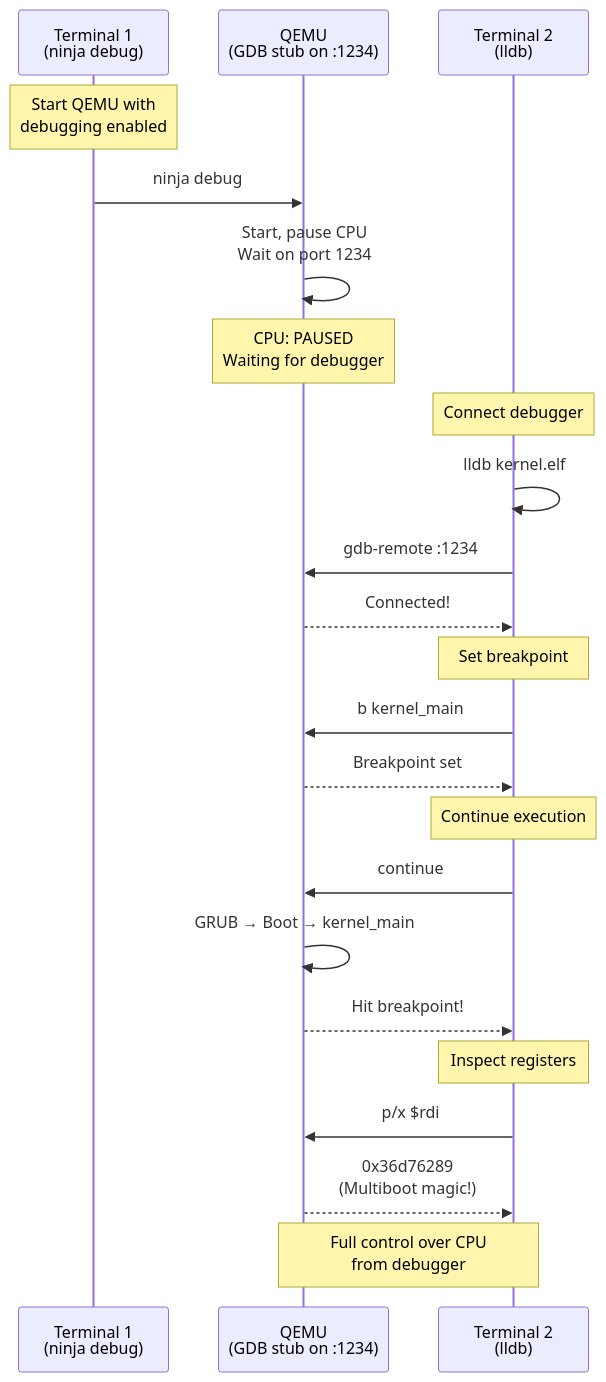
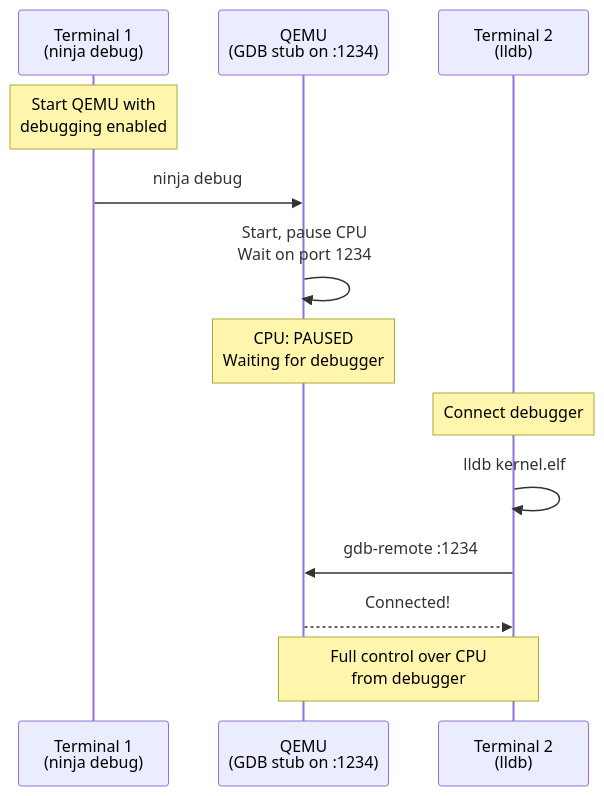
The diagram in book/src/chapter-03-boot-process/booting-up.md (FrederikTobner/JANUS), drawn with Mermaid before and after one commit. The commit also changed other lines of this file and 7 other files, not shown here.

````diff
--- a/book/src/chapter-03-boot-process/booting-up.md
+++ b/book/src/chapter-03-boot-process/booting-up.md
@@ -82,31 +78,18 @@
 ```mermaid
 sequenceDiagram
     participant T1 as Terminal 1<br/>(ninja debug)
     participant QEMU as QEMU<br/>(GDB stub on :1234)
     participant T2 as Terminal 2<br/>(lldb)
     
     Note over T1: Start QEMU with<br/>debugging enabled
     T1->>QEMU: ninja debug
     QEMU->>QEMU: Start, pause CPU<br/>Wait on port 1234
     Note over QEMU: CPU: PAUSED<br/>Waiting for debugger
     
     Note over T2: Connect debugger
     T2->>T2: lldb kernel.elf
     T2->>QEMU: gdb-remote :1234
     QEMU-->>T2: Connected!
     
-    Note over T2: Set breakpoint
-    T2->>QEMU: b kernel_main
-    QEMU-->>T2: Breakpoint set
-    
-    Note over T2: Continue execution
-    T2->>QEMU: continue
-    QEMU->>QEMU: GRUB → Boot → kernel_main
-    QEMU-->>T2: Hit breakpoint!
-    
-    Note over T2: Inspect registers
-    T2->>QEMU: p/x $rdi
-    QEMU-->>T2: 0x36d76289<br/>(Multiboot magic!)
-    
     Note over QEMU,T2: Full control over CPU<br/>from debugger
 ```
````
